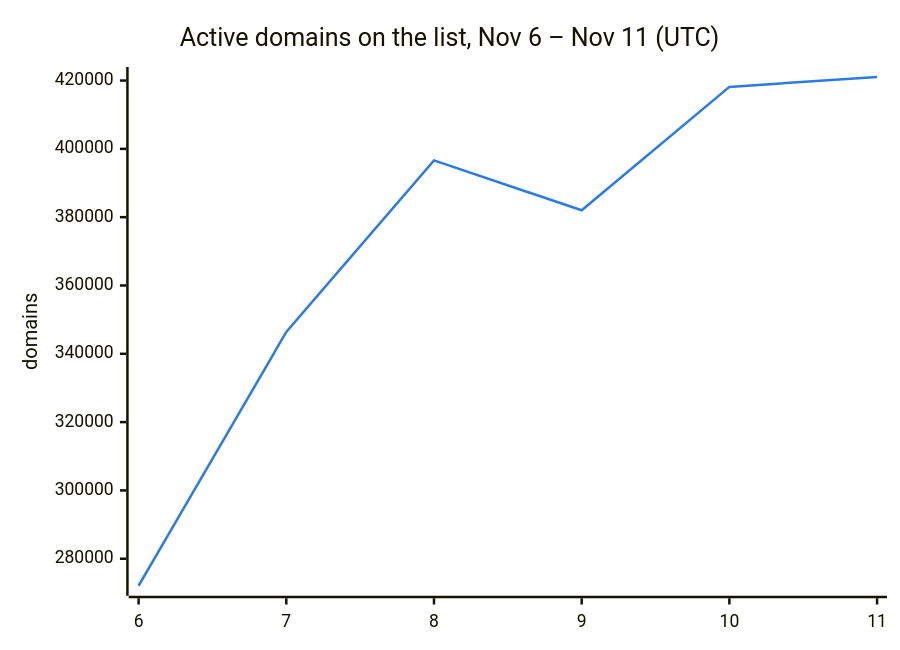
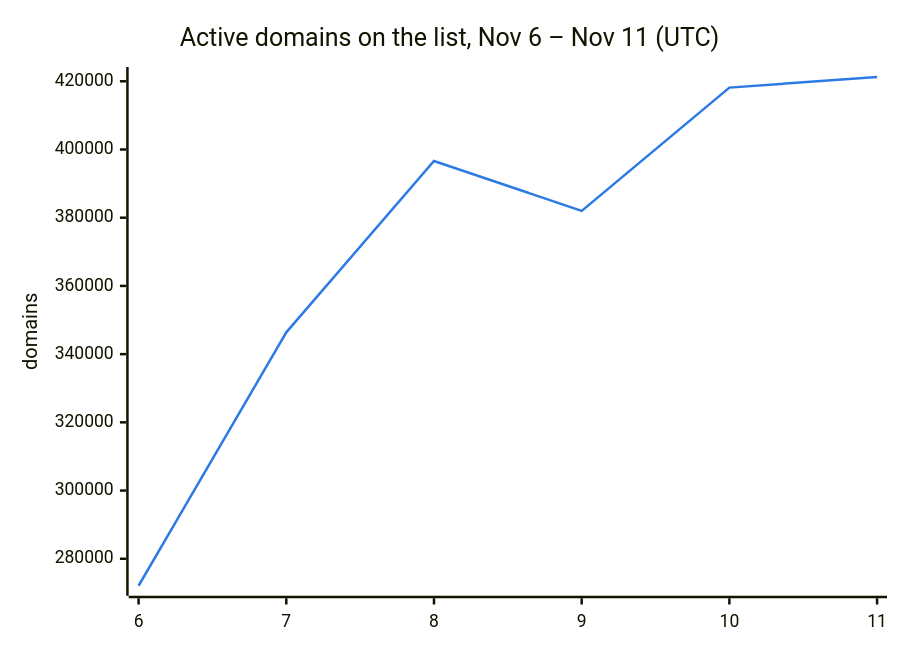
Before and after one commit to DNSBunker/CTI: the second of 3 diagrams in README.md, drawn with Mermaid. The commit also changed other lines of this file and 3 other files, not shown here.

````diff
--- a/README.md
+++ b/README.md
@@ -38,8 +38,8 @@
 ```mermaid
 %%{init: {"themeVariables": {"xyChart": {"plotColorPalette": "#2c7be5"}}}}%%
 xychart-beta
     title "Active domains on the list, Nov 6 – Nov 11 (UTC)"
     x-axis ["6", "7", "8", "9", "10", "11"]
     y-axis "domains"
-    line [272088, 346388, 396638, 382009, 418143, 421037]
+    line [272088, 346388, 396638, 382009, 418143, 421256]
 ```
````
